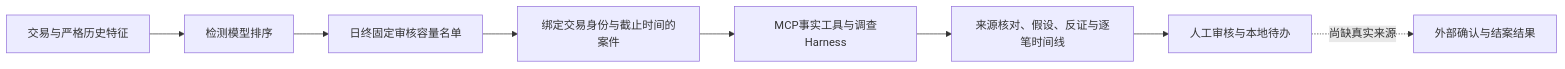
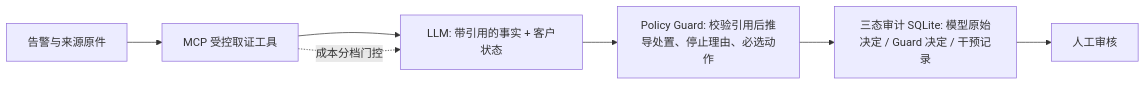
Before and after one commit to wwc76934-cyber/riskcase-agent: the diagram in README.md, drawn with Mermaid. The commit also changed other lines of this file and 14 other files, not shown here.

````diff
--- a/README.md
+++ b/README.md
@@ -7,10 +19,9 @@
 ```mermaid
 flowchart LR
-  A[交易与严格历史特征] --> B[检测模型排序]
-  B --> C[日终固定审核容量名单]
-  C --> D[绑定交易身份与截止时间的案件]
-  D --> E[MCP事实工具与调查Harness]
-  E --> F[来源核对、假设、反证与逐笔时间线]
-  F --> G[人工审核与本地待办]
-  G -.尚缺真实来源.-> H[外部确认与结案结果]
+  A[告警与来源原件] --> B[MCP 受控取证工具]
+  B --> C[LLM: 带引用的事实 + 客户状态]
+  C --> D[Policy Guard: 校验引用后推导处置、停止理由、必选动作]
+  D --> E[三态审计 SQLite: 模型原始决定 / Guard 决定 / 干预记录]
+  E --> F[人工审核]
+  B -.成本分档门控.-> C
 ```
````
